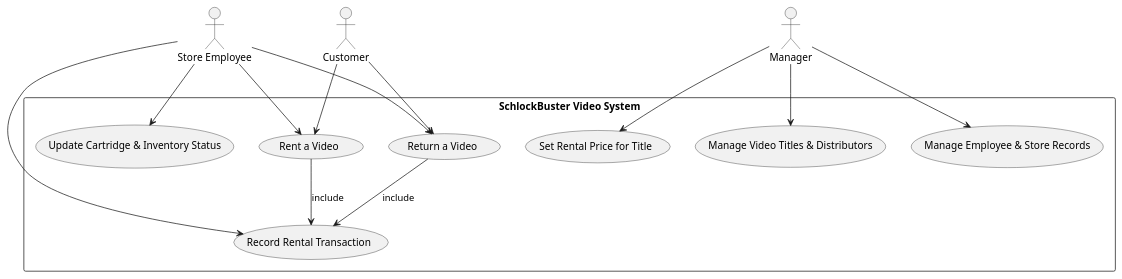
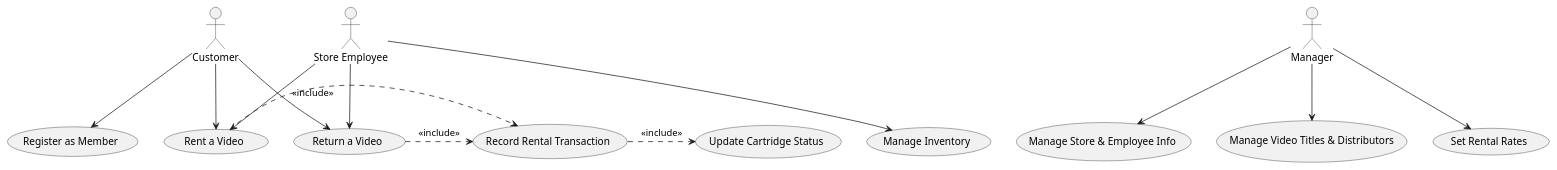
The diagram in survey-ud/gen-r-ent-o3-mini/R36_Video Rental_class_diagram.puml (RayWP/pfsa-id), drawn with PlantUML before and after one commit. The commit also changed 7 other files, not shown here.

```diff
--- a/survey-ud/gen-r-ent-o3-mini/R36_Video Rental_class_diagram.puml
+++ b/survey-ud/gen-r-ent-o3-mini/R36_Video Rental_class_diagram.puml
@@ -1,33 +1,28 @@
 @startuml
 actor Customer
 actor "Store Employee" as Employee
 actor Manager
 
-rectangle "SchlockBuster Video System" {
+' Customer use cases
+Customer --> (Register as Member)
+Customer --> (Rent a Video)
+Customer --> (Return a Video)
 
-  usecase "Rent a Video" as UC_Rent
-  usecase "Return a Video" as UC_Return
-  usecase "Record Rental Transaction" as UC_Record
-  usecase "Update Cartridge & Inventory Status" as UC_Inventory
-  usecase "Set Rental Price for Title" as UC_SetPrice
-  usecase "Manage Video Titles & Distributors" as UC_Titles
-  usecase "Manage Employee & Store Records" as UC_ManageRecords
+' Employee use cases
+Employee --> (Rent a Video)
+Employee --> (Return a Video)
+Employee --> (Manage Inventory)
 
-  UC_Rent --> UC_Record : «include»
-  UC_Return --> UC_Record : «include»
-}
+' Manager use cases
+Manager --> (Manage Store & Employee Info)
+Manager --> (Manage Video Titles & Distributors)
+Manager --> (Set Rental Rates)
 
-' Relationships between Actors and Use Cases
-Customer --> UC_Rent
-Customer --> UC_Return
+' Common processes included in rental actions
+(Rent a Video) .> (Record Rental Transaction) : <<include>>
+(Return a Video) .> (Record Rental Transaction) : <<include>>
 
-Employee --> UC_Rent
-Employee --> UC_Return
-Employee --> UC_Record
-Employee --> UC_Inventory
-
-Manager --> UC_SetPrice
-Manager --> UC_Titles
-Manager --> UC_ManageRecords
+' Inventory update as part of transaction processing
+(Record Rental Transaction) .> (Update Cartridge Status) : <<include>>
 
 @enduml
```
